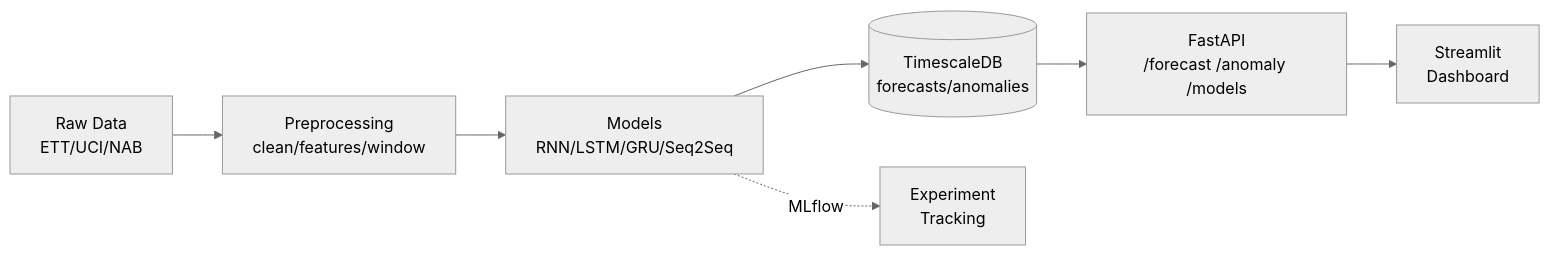
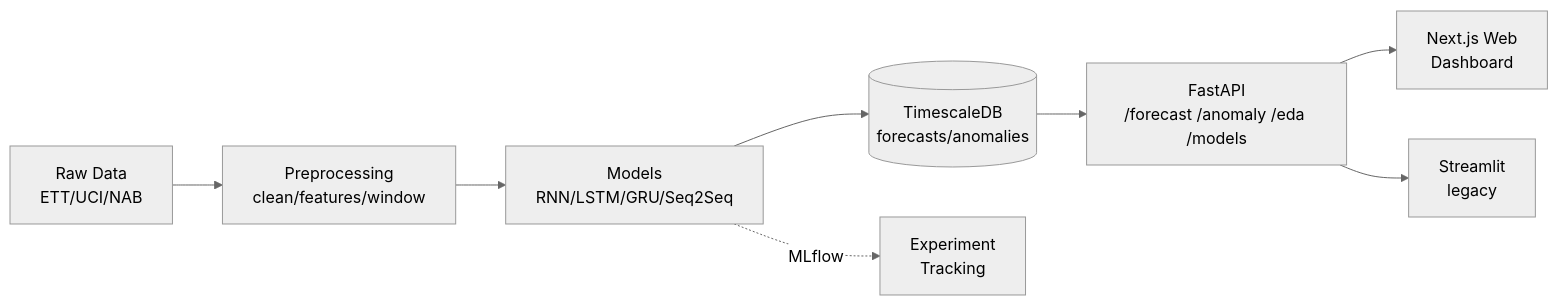
The diagram in README.md (EugeneAndTheMachine/gridpulse-rnn-timeseries), drawn with Mermaid (neutral theme) before and after one commit. The commit also changed other lines of this file and 37 other files, not shown here.

First line of the commit message:
feat(web): add Next.js dashboard with EDA and forecast-metrics APIs

````diff
--- a/README.md
+++ b/README.md
@@ -18,9 +19,10 @@
 ```mermaid
 flowchart LR
     A[Raw Data<br/>ETT/UCI/NAB] --> B[Preprocessing<br/>clean/features/window]
     B --> C[Models<br/>RNN/LSTM/GRU/Seq2Seq]
     C --> D[(TimescaleDB<br/>forecasts/anomalies)]
-    D --> E[FastAPI<br/>/forecast /anomaly /models]
-    E --> F[Streamlit<br/>Dashboard]
+    D --> E[FastAPI<br/>/forecast /anomaly /eda /models]
+    E --> F[Next.js Web<br/>Dashboard]
+    E --> H[Streamlit<br/>legacy]
     C -.MLflow.-> G[Experiment<br/>Tracking]
 ```
````
